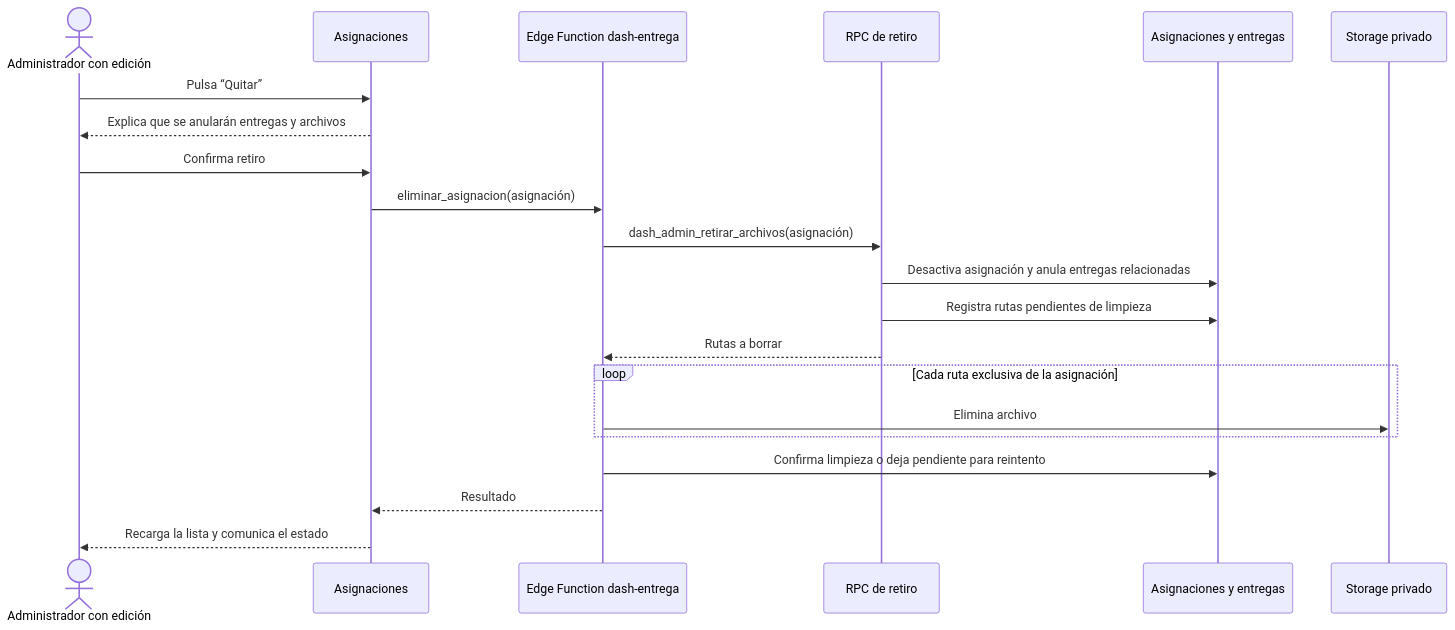
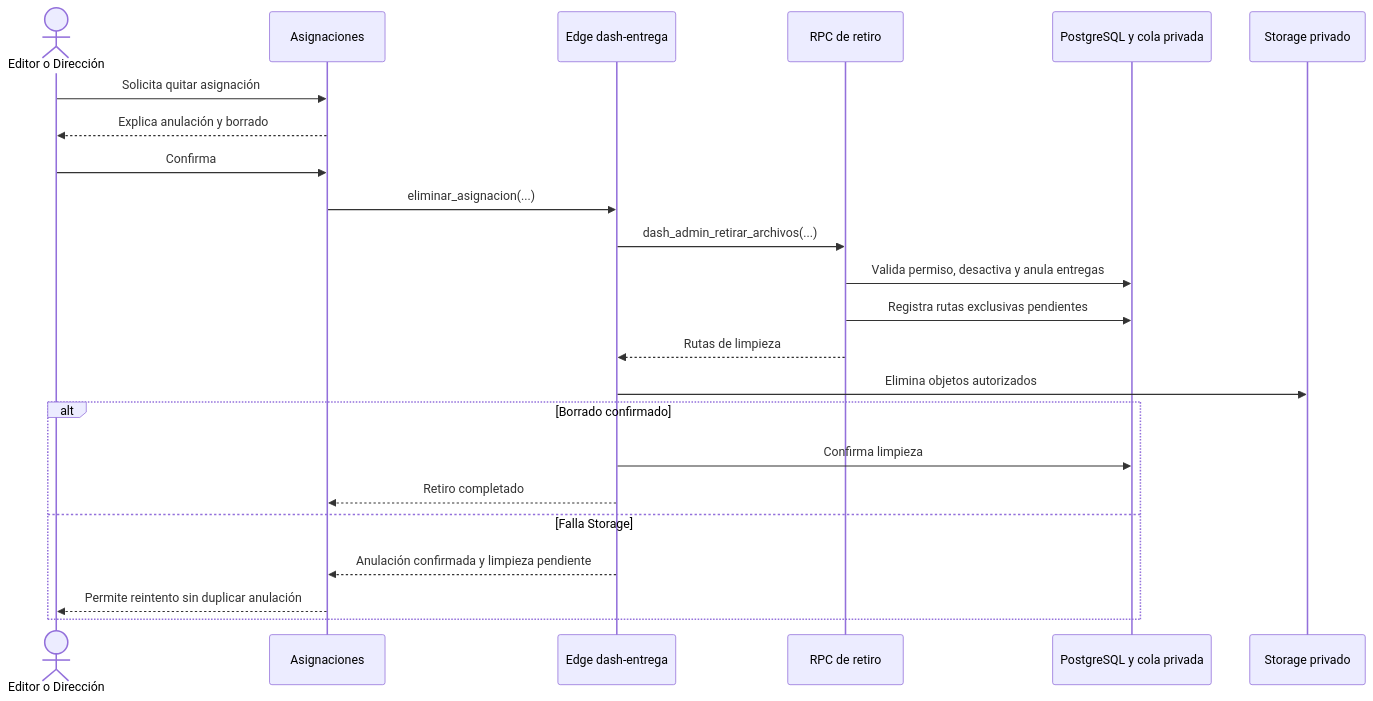
The eighth of 22 diagrams in docs/20-diagramas-secuencia-administracion.md (kjabienestar-ux/KJA), drawn with Mermaid before and after one commit. The commit also changed other lines of this file and 4 other files, not shown here.

````diff
--- a/docs/20-diagramas-secuencia-administracion.md
+++ b/docs/20-diagramas-secuencia-administracion.md
@@ -245,24 +248,25 @@
 ```mermaid
 sequenceDiagram
-    actor Admin as Administrador con edición
-    participant Web as Asignaciones
-    participant Edge as Edge Function dash-entrega
-    participant RPC as RPC de retiro
-    participant DB as Asignaciones y entregas
-    participant Storage as Storage privado
-
-    Admin->>Web: Pulsa “Quitar”
-    Web-->>Admin: Explica que se anularán entregas y archivos
-    Admin->>Web: Confirma retiro
-    Web->>Edge: eliminar_asignacion(asignación)
-    Edge->>RPC: dash_admin_retirar_archivos(asignación)
-    RPC->>DB: Desactiva asignación y anula entregas relacionadas
-    RPC->>DB: Registra rutas pendientes de limpieza
-    RPC-->>Edge: Rutas a borrar
-    loop Cada ruta exclusiva de la asignación
-        Edge->>Storage: Elimina archivo
+    actor U as Editor o Dirección
+    participant W as Asignaciones
+    participant E as Edge dash-entrega
+    participant R as RPC de retiro
+    participant B as PostgreSQL y cola privada
+    participant S as Storage privado
+    U->>W: Solicita quitar asignación
+    W-->>U: Explica anulación y borrado
+    U->>W: Confirma
+    W->>E: eliminar_asignacion(...)
+    E->>R: dash_admin_retirar_archivos(...)
+    R->>B: Valida permiso, desactiva y anula entregas
+    R->>B: Registra rutas exclusivas pendientes
+    R-->>E: Rutas de limpieza
+    E->>S: Elimina objetos autorizados
+    alt Borrado confirmado
+    E->>B: Confirma limpieza
+    E-->>W: Retiro completado
+    else Falla Storage
+    E-->>W: Anulación confirmada y limpieza pendiente
+    W-->>U: Permite reintento sin duplicar anulación
     end
-    Edge->>DB: Confirma limpieza o deja pendiente para reintento
-    Edge-->>Web: Resultado
-    Web-->>Admin: Recarga la lista y comunica el estado
 ```
````
